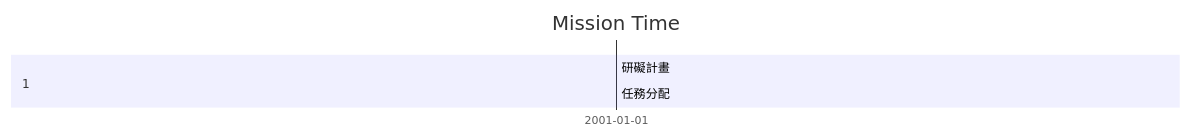
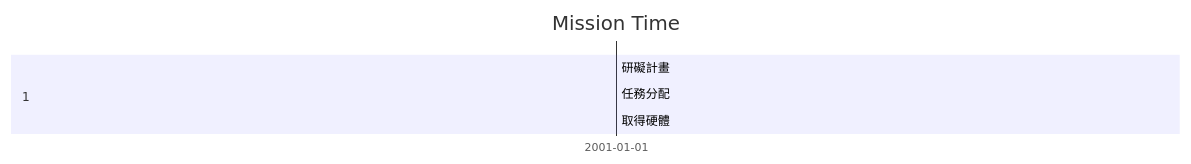
One commit to Landingran/23a changed the diagram in hw2.md. Above: the diagram before and after it, drawn with Mermaid.

````diff
--- a/hw2.md
+++ b/hw2.md
@@ -3,9 +3,10 @@
 ```mermaid
 gantt
     title Mission Time
 
     section 1  
-    研礙計畫          :a1, 1, 
-    任務分配    :after a1  , 2
+    研礙計畫          :a1 2014-01-01, 1, 
+    任務分配    :after a1  , 4
+    取得硬體     :after a1 , 17
 
 ```
````
